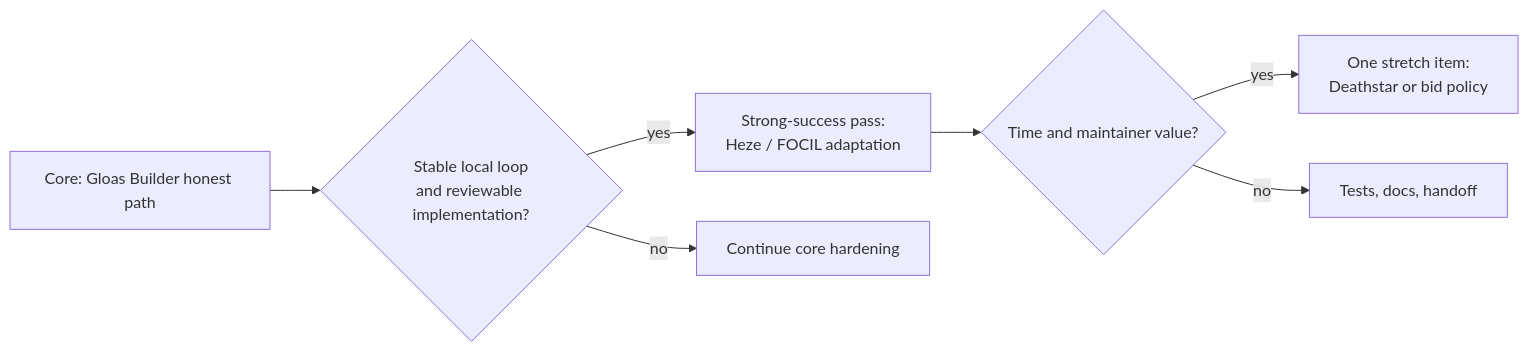
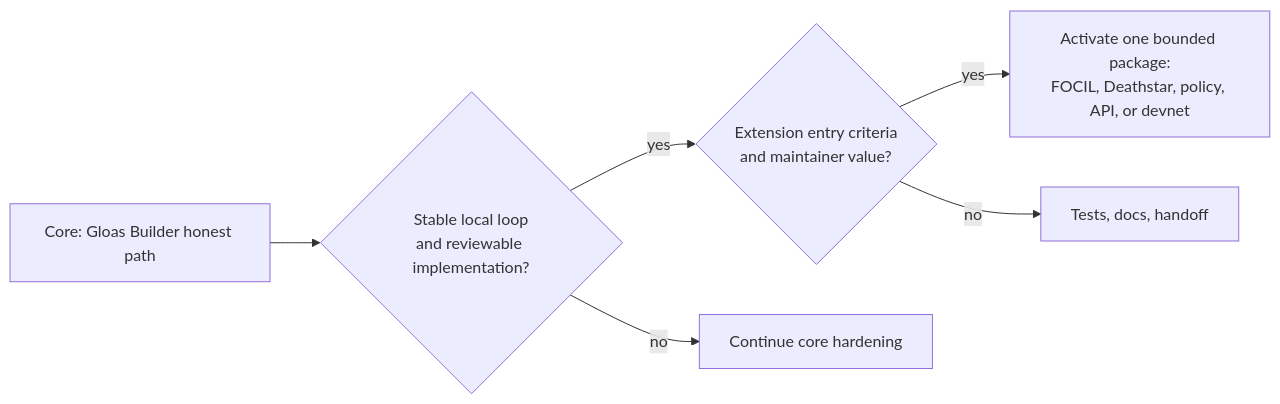
Before and after one commit to krisoshea-eth/lodestar-eip-7732-builder-docs: the first of 4 diagrams in docs/living-technical-note.md, drawn with Mermaid. The commit also changed other lines of this file, not shown here.

````diff
--- a/docs/living-technical-note.md
+++ b/docs/living-technical-note.md
@@ -92,9 +94,8 @@
 ```mermaid
 flowchart LR
     B["Core: Gloas Builder honest path"] --> A{"Stable local loop<br/>and reviewable implementation?"}
-    A -->|"yes"| H["Strong-success pass:<br/>Heze / FOCIL adaptation"]
+    A -->|"yes"| H{"Extension entry criteria<br/>and maintainer value?"}
     A -->|"no"| C["Continue core hardening"]
-    H --> G{"Time and maintainer value?"}
-    G -->|"yes"| D["One stretch item:<br/>Deathstar or bid policy"]
-    G -->|"no"| R["Tests, docs, handoff"]
+    H -->|"yes"| D["Activate one bounded package:<br/>FOCIL, Deathstar, policy, API, or devnet"]
+    H -->|"no"| R["Tests, docs, handoff"]
 ```
````
